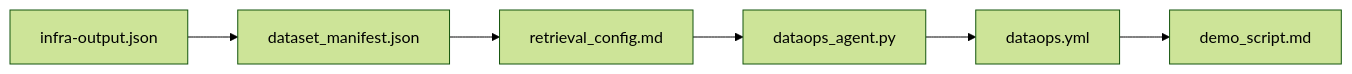
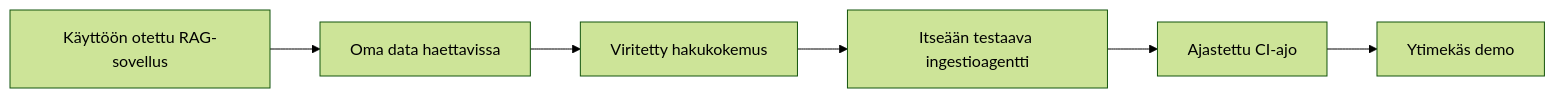
Before and after one commit to lkananen/innovaatio-hackaton-2026-kesakuu: the diagram in site/src/content/docs/rag-postgres/wrap-up.md, drawn with Mermaid (forest theme). The commit also changed other lines of this file and 59 other files, not shown here.

````diff
--- a/site/src/content/docs/rag-postgres/wrap-up.md
+++ b/site/src/content/docs/rag-postgres/wrap-up.md
@@ -21,8 +19,8 @@
 ```mermaid
 flowchart LR
-  A[infra-output.json] --> B[dataset_manifest.json]
-  B --> C[retrieval_config.md]
-  C --> D[dataops_agent.py]
-  D --> E[dataops.yml]
-  E --> F[demo_script.md]
+  A[Käyttöön otettu RAG-sovellus] --> B[Oma data haettavissa]
+  B --> C[Viritetty hakukokemus]
+  C --> D[Itseään testaava ingestioagentti]
+  D --> E[Ajastettu CI-ajo]
+  E --> F[Ytimekäs demo]
 ```
````
